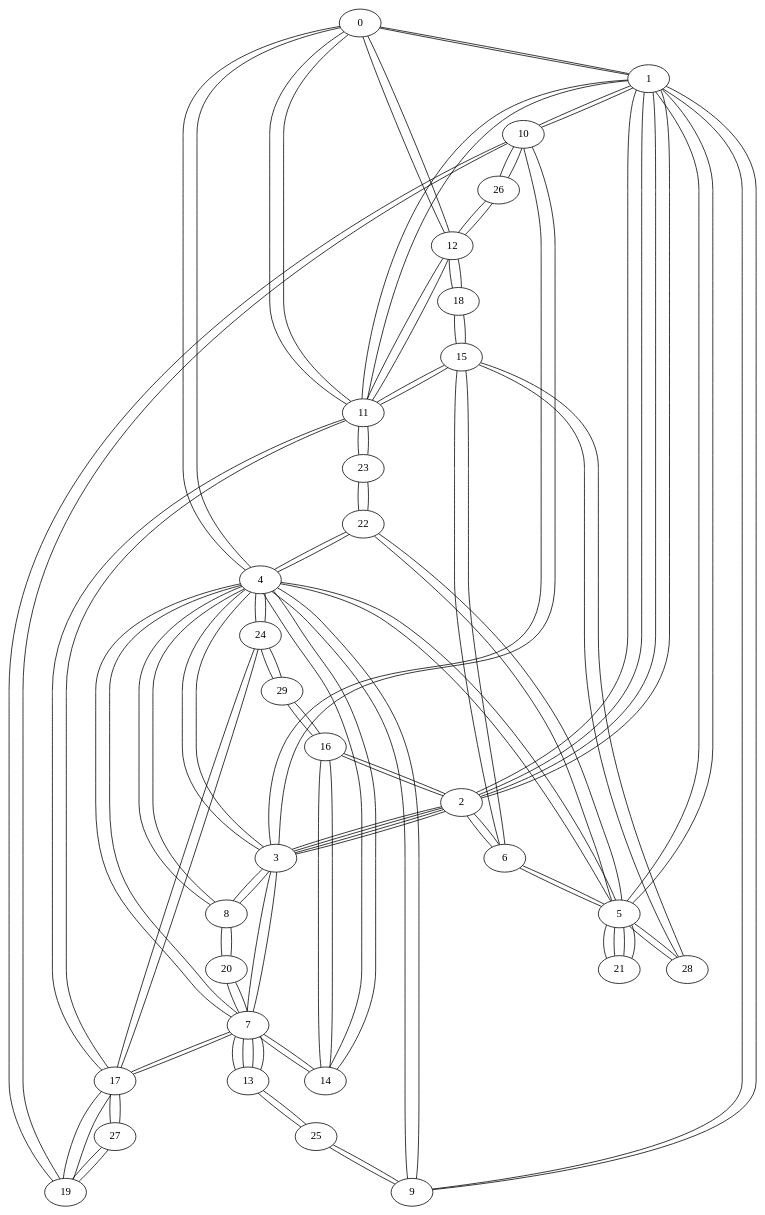
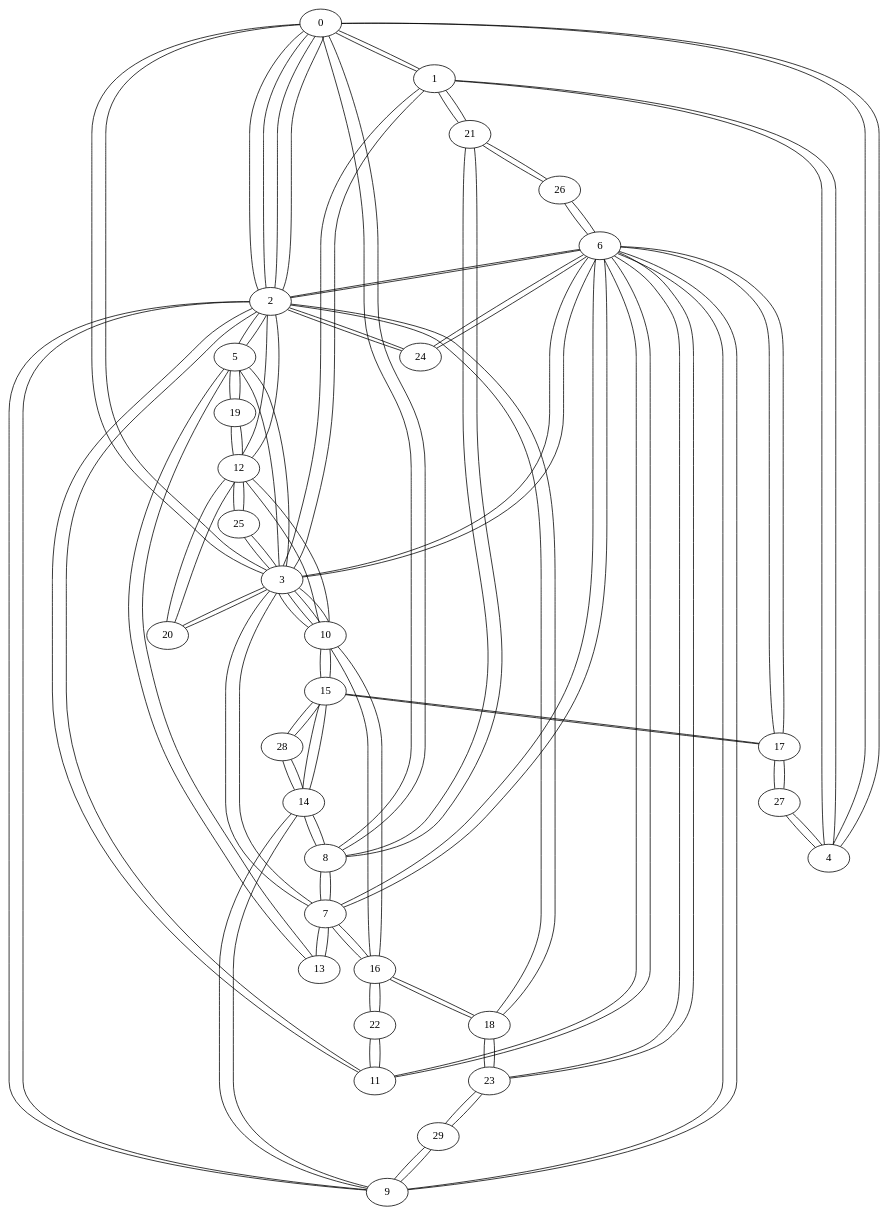
One commit to GusRojas/Grafos2DAA_A24 changed the diagram in grafo_barabasi30.gv. Above: the diagram before and after it, drawn with Graphviz. The commit also changed 14 other files, not shown here.

```diff
--- a/grafo_barabasi30.gv
+++ b/grafo_barabasi30.gv
@@ -1,116 +1,116 @@
 graph {
   0 -- 1;
+  0 -- 2;
+  0 -- 2;
+  0 -- 3;
   0 -- 4;
-  0 -- 11;
-  0 -- 12;
+  0 -- 8;
   1 -- 0;
-  1 -- 2;
-  1 -- 2;
-  1 -- 5;
-  1 -- 9;
-  1 -- 10;
-  1 -- 11;
-  2 -- 1;
-  2 -- 1;
-  2 -- 3;
-  2 -- 3;
+  1 -- 3;
+  1 -- 4;
+  1 -- 21;
+  2 -- 0;
+  2 -- 0;
+  2 -- 5;
   2 -- 6;
-  2 -- 16;
-  3 -- 2;
-  3 -- 2;
-  3 -- 4;
+  2 -- 9;
+  2 -- 11;
+  2 -- 12;
+  2 -- 18;
+  2 -- 24;
+  3 -- 0;
+  3 -- 1;
+  3 -- 5;
+  3 -- 6;
   3 -- 7;
-  3 -- 8;
   3 -- 10;
+  3 -- 10;
+  3 -- 20;
+  3 -- 25;
   4 -- 0;
-  4 -- 3;
-  4 -- 5;
-  4 -- 7;
-  4 -- 8;
-  4 -- 9;
-  4 -- 14;
-  4 -- 22;
-  4 -- 24;
-  5 -- 1;
-  5 -- 4;
-  5 -- 6;
-  5 -- 21;
-  5 -- 21;
-  5 -- 22;
-  5 -- 28;
-  6 -- 5;
+  4 -- 1;
+  4 -- 27;
+  5 -- 2;
+  5 -- 3;
+  5 -- 13;
+  5 -- 19;
+  6 -- 3;
   6 -- 2;
-  6 -- 15;
-  7 -- 4;
+  6 -- 7;
+  6 -- 9;
+  6 -- 11;
+  6 -- 17;
+  6 -- 23;
+  6 -- 24;
+  6 -- 26;
   7 -- 3;
+  7 -- 6;
+  7 -- 8;
   7 -- 13;
-  7 -- 13;
-  7 -- 14;
-  7 -- 17;
-  7 -- 20;
-  8 -- 3;
-  8 -- 4;
-  8 -- 20;
-  9 -- 4;
-  9 -- 1;
-  9 -- 25;
+  7 -- 16;
+  8 -- 7;
+  8 -- 0;
+  8 -- 14;
+  8 -- 21;
+  9 -- 2;
+  9 -- 6;
+  9 -- 14;
+  9 -- 29;
   10 -- 3;
-  10 -- 1;
-  10 -- 19;
-  10 -- 26;
-  11 -- 1;
-  11 -- 0;
-  11 -- 12;
-  11 -- 15;
-  11 -- 17;
-  11 -- 23;
-  12 -- 11;
-  12 -- 0;
-  12 -- 18;
-  12 -- 26;
+  10 -- 3;
+  10 -- 12;
+  10 -- 15;
+  10 -- 16;
+  11 -- 6;
+  11 -- 2;
+  11 -- 22;
+  12 -- 10;
+  12 -- 2;
+  12 -- 19;
+  12 -- 20;
+  12 -- 25;
   13 -- 7;
-  13 -- 7;
-  13 -- 25;
-  14 -- 4;
-  14 -- 7;
-  14 -- 16;
-  15 -- 11;
-  15 -- 6;
-  15 -- 18;
+  13 -- 5;
+  14 -- 8;
+  14 -- 9;
+  14 -- 15;
+  14 -- 28;
+  15 -- 14;
+  15 -- 10;
+  15 -- 17;
   15 -- 28;
-  16 -- 14;
-  16 -- 2;
-  16 -- 29;
-  17 -- 11;
-  17 -- 7;
-  17 -- 19;
-  17 -- 24;
+  16 -- 7;
+  16 -- 10;
+  16 -- 18;
+  16 -- 22;
+  17 -- 6;
+  17 -- 15;
   17 -- 27;
-  18 -- 15;
-  18 -- 12;
-  19 -- 10;
-  19 -- 17;
-  19 -- 27;
-  20 -- 7;
-  20 -- 8;
-  21 -- 5;
-  21 -- 5;
-  22 -- 5;
-  22 -- 4;
-  22 -- 23;
-  23 -- 11;
-  23 -- 22;
-  24 -- 4;
-  24 -- 17;
-  24 -- 29;
-  25 -- 13;
-  25 -- 9;
-  26 -- 12;
-  26 -- 10;
+  18 -- 16;
+  18 -- 2;
+  18 -- 23;
+  19 -- 5;
+  19 -- 12;
+  20 -- 12;
+  20 -- 3;
+  21 -- 8;
+  21 -- 1;
+  21 -- 26;
+  22 -- 11;
+  22 -- 16;
+  23 -- 6;
+  23 -- 18;
+  23 -- 29;
+  24 -- 6;
+  24 -- 2;
+  25 -- 3;
+  25 -- 12;
+  26 -- 21;
+  26 -- 6;
   27 -- 17;
-  27 -- 19;
+  27 -- 4;
   28 -- 15;
-  28 -- 5;
-  29 -- 16;
-  29 -- 24;
+  28 -- 14;
+  29 -- 9;
+  29 -- 23;
 }
```
